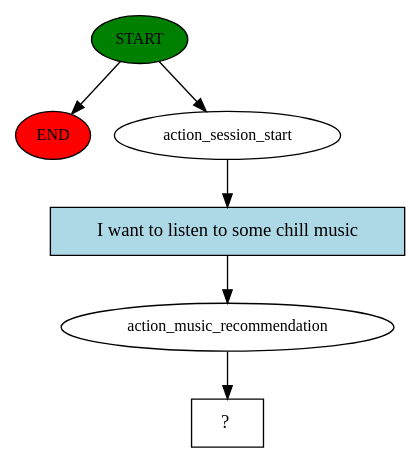
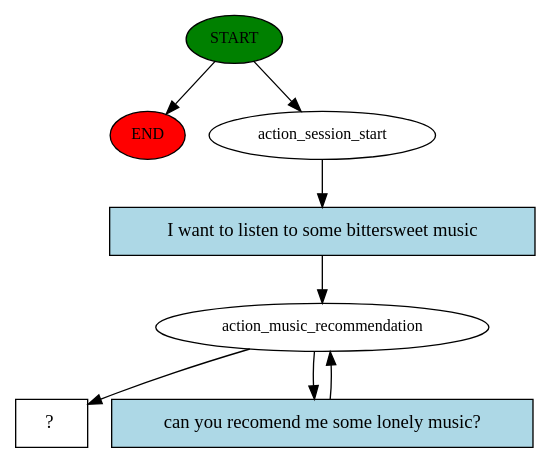
One commit to KazeShikaru/ChatBot changed the diagram in rasa/story_graph.dot. Above: the diagram before and after it, drawn with Graphviz. The commit also changed 7 other files, not shown here.

```diff
--- a/rasa/story_graph.dot
+++ b/rasa/story_graph.dot
@@ -1,13 +1,16 @@
 digraph  {
 0 [class="start active", fillcolor=green, fontsize=12, label=START, style=filled];
 "-1" [class=end, fillcolor=red, fontsize=12, label=END, style=filled];
 1 [class=active, fontsize=12, label=action_session_start];
 2 [class=active, fontsize=12, label=action_music_recommendation];
-3 [class="intent dashed active", label="  ?  ", shape=rect];
-4 [class="intent active", fillcolor=lightblue, label="I want to listen to some chill music", shape=rect, style=filled];
+4 [class="intent dashed active", label="  ?  ", shape=rect];
+5 [class="intent active", fillcolor=lightblue, label="I want to listen to some bittersweet music", shape=rect, style=filled];
+6 [class="intent active", fillcolor=lightblue, label="can you recomend me some lonely music?", shape=rect, style=filled];
 0 -> "-1"  [class="", key=NONE, label=""];
 0 -> 1  [class=active, key=NONE, label=""];
-1 -> 4  [class=active, key=0];
-2 -> 3  [class=active, key=NONE, label=""];
-4 -> 2  [class=active, key=0];
+1 -> 5  [class=active, key=0];
+2 -> 4  [class=active, key=NONE, label=""];
+2 -> 6  [class=active, key=0];
+5 -> 2  [class=active, key=0];
+6 -> 2  [class=active, key=0];
 }
```
